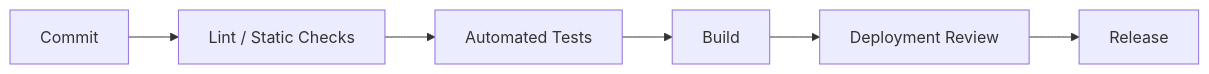
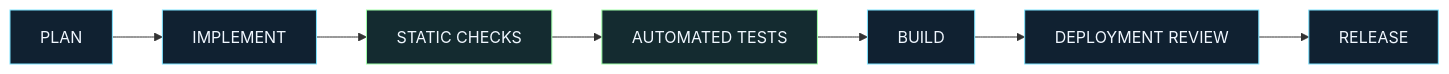
The third of 3 diagrams in README.md (Aravindan-001/Aravindan-001), drawn with Mermaid before and after one commit. The commit also changed other lines of this file, not shown here.

````diff
--- a/README.md
+++ b/README.md
@@ -150,8 +168,15 @@
 ```mermaid
 flowchart LR
-    A["Commit"] --> B["Lint / Static Checks"]
-    B --> C["Automated Tests"]
-    C --> D["Build"]
-    D --> E["Deployment Review"]
-    E --> F["Release"]
+    A["PLAN"] --> B["IMPLEMENT"]
+    B --> C["STATIC CHECKS"]
+    C --> D["AUTOMATED TESTS"]
+    D --> E["BUILD"]
+    E --> F["DEPLOYMENT REVIEW"]
+    F --> G["RELEASE"]
+
+    classDef step fill:#102131,stroke:#7DE3FF,color:#F0F7FF
+    classDef verify fill:#142B30,stroke:#9FFFA8,color:#F0F7FF
+
+    class A,B,E,F,G step
+    class C,D verify
 ```
````
